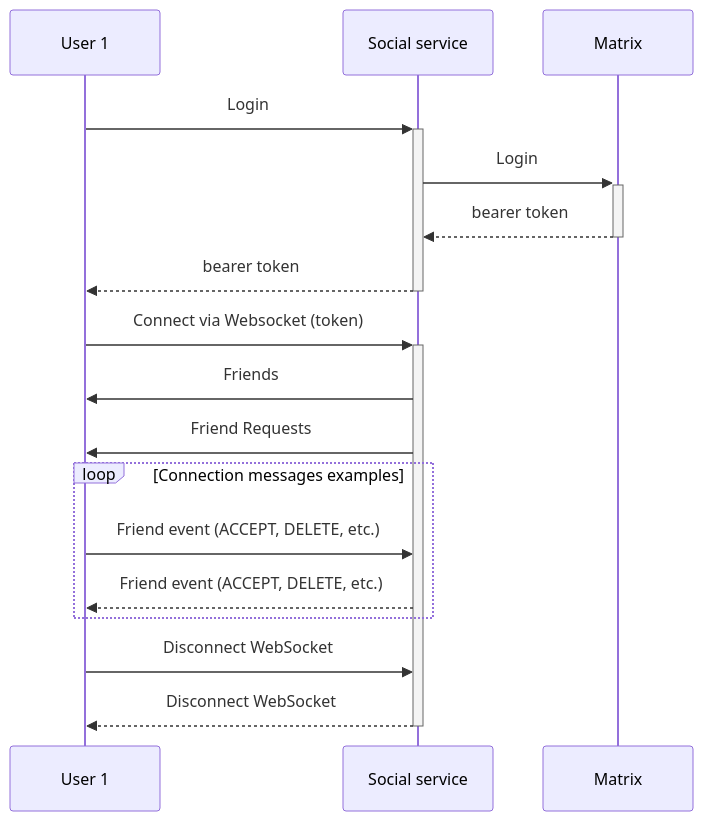
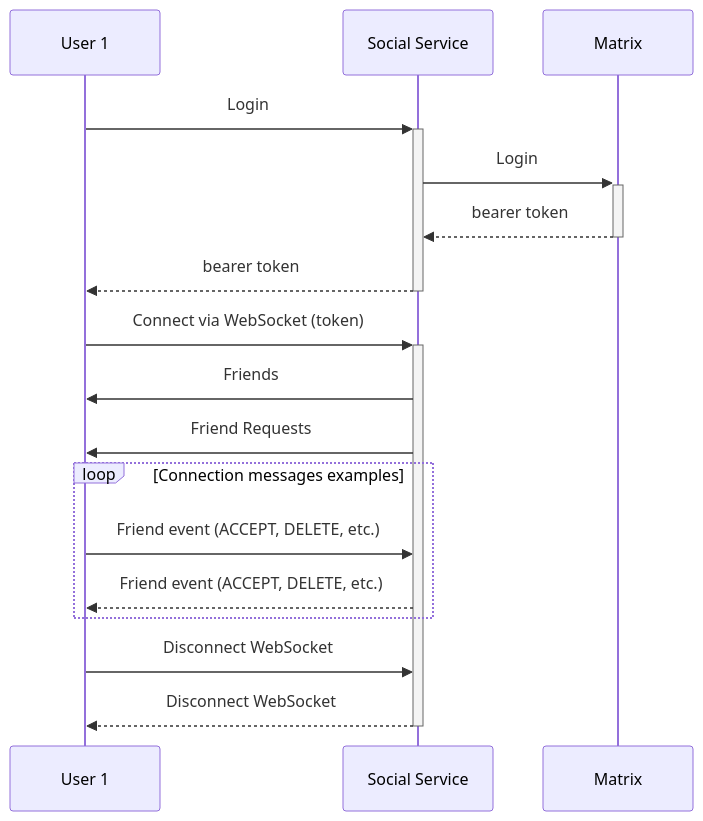
Before and after one commit to decentraland/adr: the second of 4 diagrams in content/ADR-189-social-service-M2.md, drawn with Mermaid. The commit also changed other lines of this file, not shown here.

````diff
--- a/content/ADR-189-social-service-M2.md
+++ b/content/ADR-189-social-service-M2.md
@@ -70,20 +71,20 @@
 ```mermaid
 sequenceDiagram
     participant User 1
-    participant Social service
+    participant Social Service
     participant Matrix
 
-    User 1 ->>+ Social service: Login
-    Social service ->>+ Matrix: Login
-    Matrix -->>- Social service: bearer token
-    Social service -->>- User 1: bearer token
-    User 1 ->>+ Social service: Connect via Websocket (token)
-    Social service ->> User 1: Friends
-    Social service ->> User 1: Friend Requests
+    User 1 ->>+ Social Service: Login
+    Social Service ->>+ Matrix: Login
+    Matrix -->>- Social Service: bearer token
+    Social Service -->>- User 1: bearer token
+    User 1 ->>+ Social Service: Connect via WebSocket (token)
+    Social Service ->> User 1: Friends
+    Social Service ->> User 1: Friend Requests
     loop  Connection messages examples
-    User 1 ->> Social service: Friend event (ACCEPT, DELETE, etc.)
-    Social service -->> User 1: Friend event (ACCEPT, DELETE, etc.)
+    User 1 ->> Social Service: Friend event (ACCEPT, DELETE, etc.)
+    Social Service -->> User 1: Friend event (ACCEPT, DELETE, etc.)
     end
-    User 1 ->> Social service: Disconnect WebSocket
-    Social service -->>- User 1: Disconnect WebSocket
+    User 1 ->> Social Service: Disconnect WebSocket
+    Social Service -->>- User 1: Disconnect WebSocket
 ```
````
